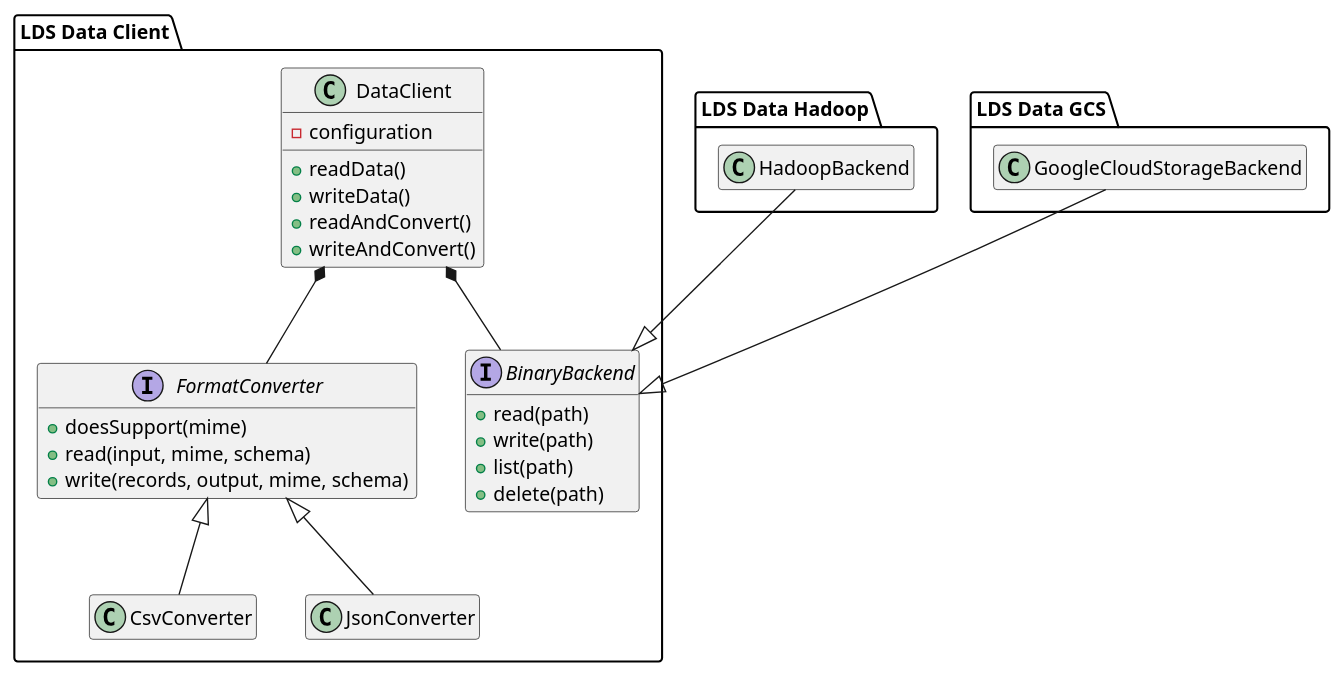
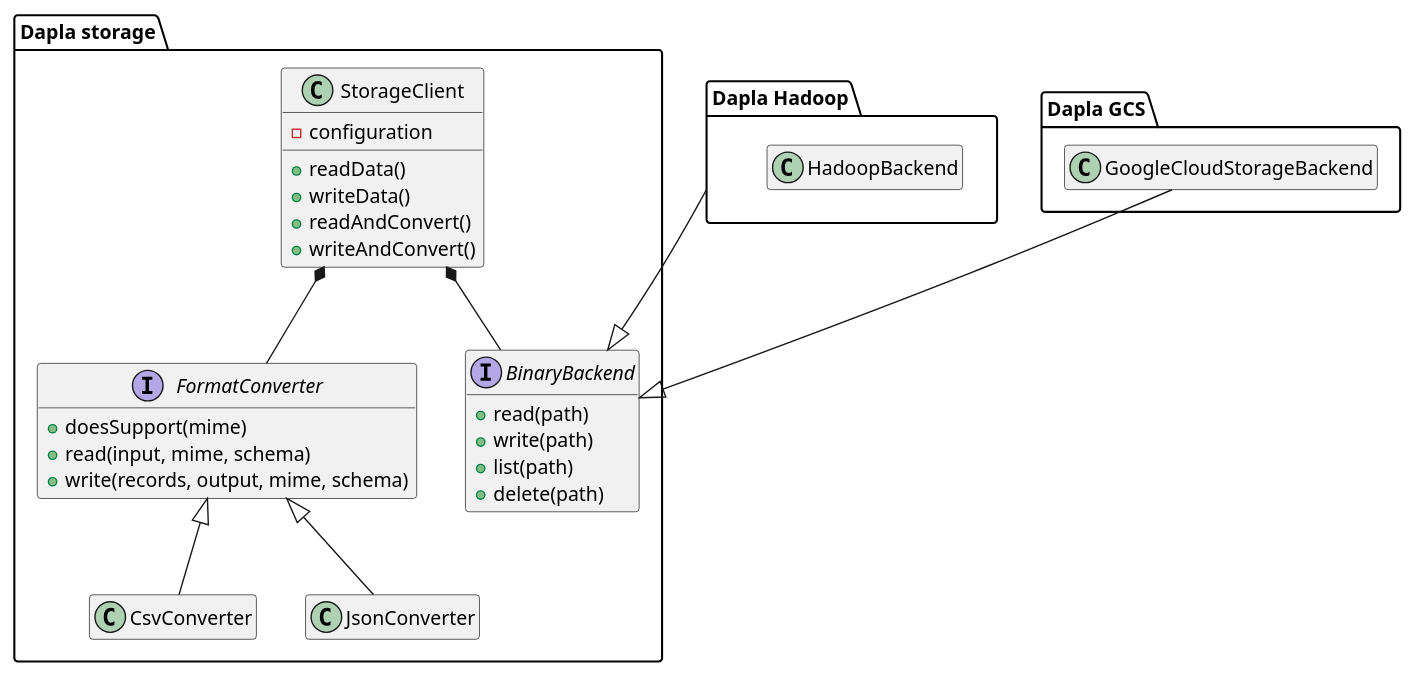
One commit to statisticsnorway/dapla-storage-client changed the diagram in doc/class-diagram.puml. Above: the diagram before and after it, drawn with PlantUML.

Commit message:
Rename references in class-diagram.puml

```diff
--- a/doc/class-diagram.puml
+++ b/doc/class-diagram.puml
@@ -1,46 +1,46 @@
 @startuml
 
 hide empty members
 
-package "LDS Data Client" {
+package "Dapla storage" {
 
   interface BinaryBackend {
     +read(path)
     +write(path)
     +list(path)
     +delete(path)
   }
 
   interface FormatConverter {
     +doesSupport(mime)
     +read(input, mime, schema)
     +write(records, output, mime, schema)
   }
 
-  class DataClient {
+  class StorageClient {
     -configuration
     +readData()
     +writeData()
     +readAndConvert()
     +writeAndConvert()
   }
 
-  DataClient *-- BinaryBackend
-  DataClient *-- FormatConverter
+  StorageClient *-- BinaryBackend
+  StorageClient *-- FormatConverter
 
   CsvConverter -up-|> FormatConverter
   JsonConverter -up-|> FormatConverter
 }
 
-package "LDS Data Hadoop" {
+package "Dapla Hadoop" {
   class HadoopBackend
 }
 
-package "LDS Data GCS" {
+package "Dapla GCS" {
   class GoogleCloudStorageBackend
 }
 
-HadoopBackend --|> BinaryBackend
+"Dapla Hadoop" --|> BinaryBackend
 GoogleCloudStorageBackend --|> BinaryBackend
 
 @enduml
```
